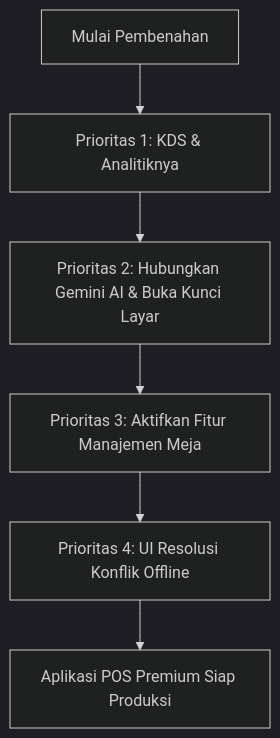
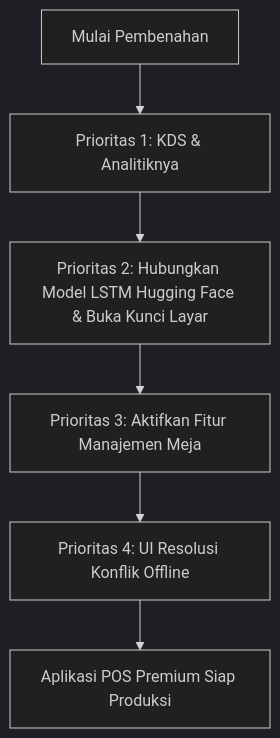
One commit to Skripsi-MKholis/pos_mobile_fork changed the diagram in Dokumen/Unfinished.md. Above: the diagram before and after it, drawn with Mermaid (dark theme). The commit also changed other lines of this file and 6 other files, not shown here.

````diff
--- a/Dokumen/Unfinished.md
+++ b/Dokumen/Unfinished.md
@@ -94,8 +94,8 @@
 ```mermaid
 graph TD
     A[Mulai Pembenahan] --> B[Prioritas 1: KDS & Analitiknya]
-    B --> C[Prioritas 2: Hubungkan Gemini AI & Buka Kunci Layar]
+    B --> C[Prioritas 2: Hubungkan Model LSTM Hugging Face & Buka Kunci Layar]
     C --> D[Prioritas 3: Aktifkan Fitur Manajemen Meja]
     D --> E[Prioritas 4: UI Resolusi Konflik Offline]
     E --> F[Aplikasi POS Premium Siap Produksi]
 ```
````
